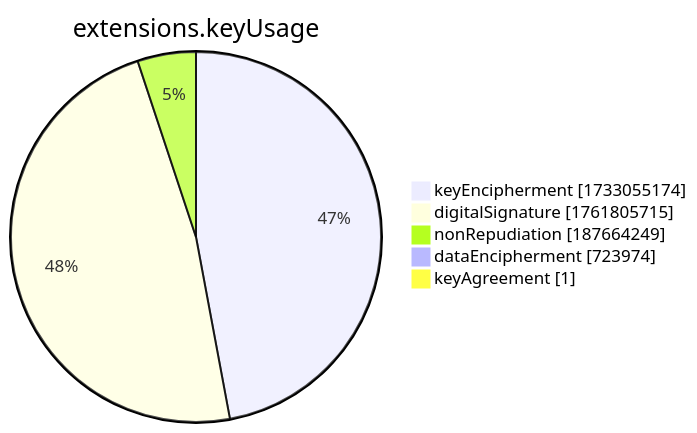
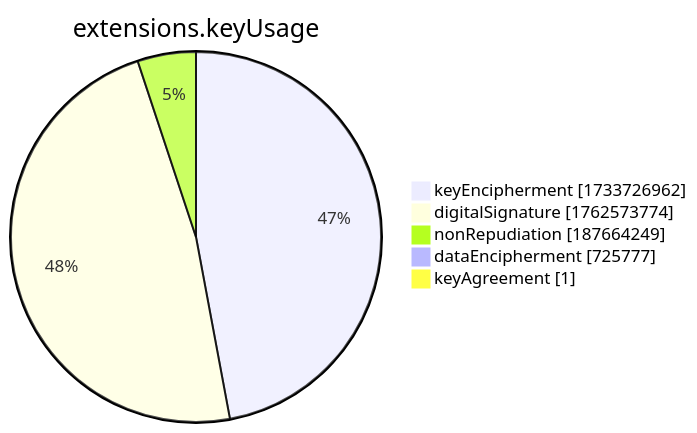
One commit to christiankrug/ctmonitor_visualization changed the seventh of 15 diagrams in xenon2022/README.md. Above: the diagram before and after it, drawn with Mermaid. The commit also changed other lines of this file, not shown here.

````diff
--- a/xenon2022/README.md
+++ b/xenon2022/README.md
@@ -2859,9 +2859,9 @@
 ```mermaid
 pie showData
 title extensions.keyUsage
-"keyEncipherment" :1733055174
-"digitalSignature" :1761805715
+"keyEncipherment" :1733726962
+"digitalSignature" :1762573774
 "nonRepudiation" :187664249
-"dataEncipherment" :723974
+"dataEncipherment" :725777
 "keyAgreement" :1
 ```
````
